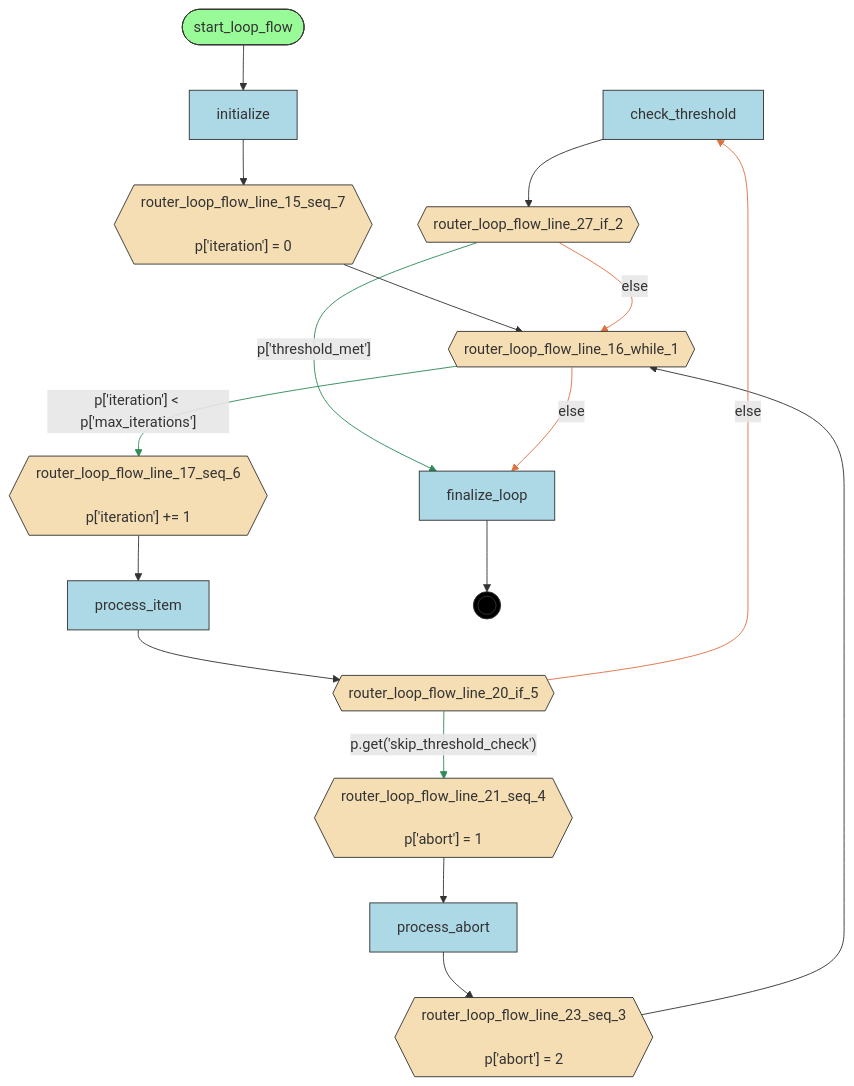
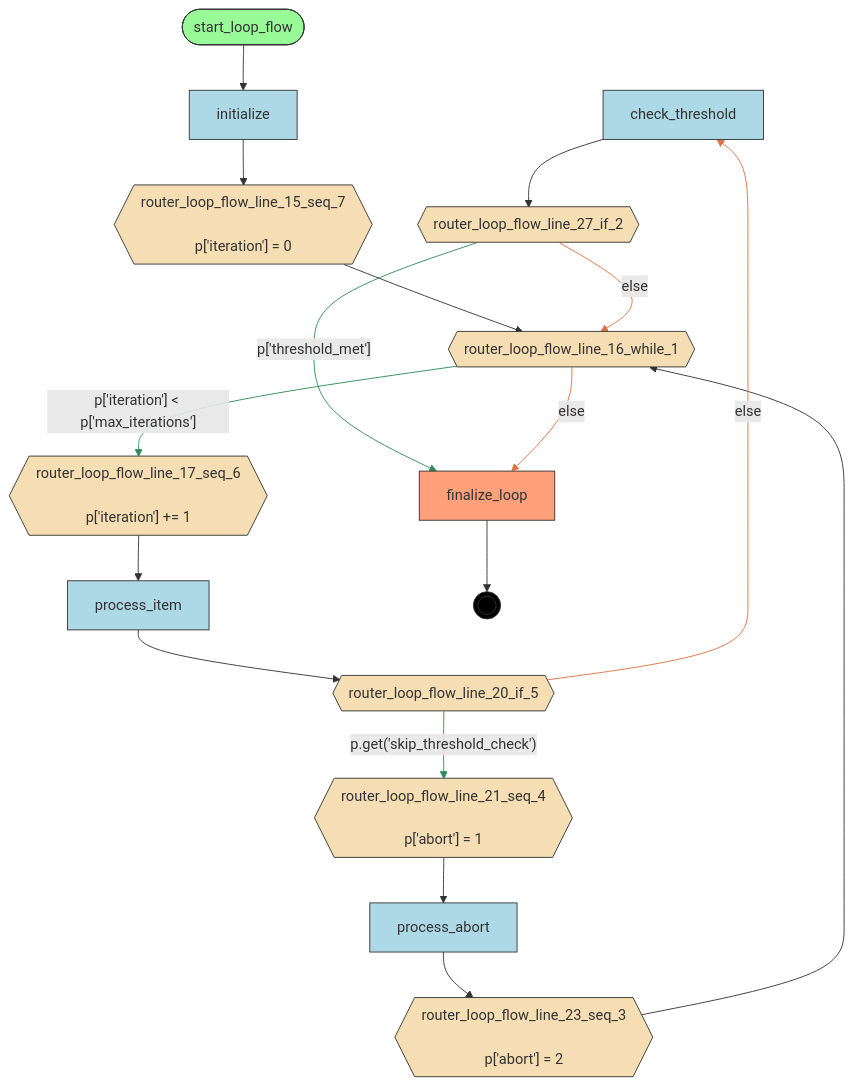
One commit to deliveryhero/asya changed the diagram in examples/flows/compiled/while_loop_processing/flow.mmd. Above: the diagram before and after it, drawn with Mermaid. The commit also changed 364 other files, not shown here.

First line of the commit message:
feat(compiler): Phase 2 — 5-step pipeline with manifest generation and FlowInfo (#339)

```diff
--- a/examples/flows/compiled/while_loop_processing/flow.mmd
+++ b/examples/flows/compiled/while_loop_processing/flow.mmd
@@ -1,45 +1,47 @@
 flowchart TD
     %% Flow: loop_flow
 
     check_threshold[check_threshold]
     finalize_loop[finalize_loop]
     initialize[initialize]
     process_abort[process_abort]
     process_item[process_item]
     router_loop_flow_line_15_seq_7{{"router_loop_flow_line_15_seq_7<br/><br/>p['iteration'] = 0"}}
     router_loop_flow_line_16_while_1{{router_loop_flow_line_16_while_1}}
     router_loop_flow_line_17_seq_6{{"router_loop_flow_line_17_seq_6<br/><br/>p['iteration'] += 1"}}
     router_loop_flow_line_20_if_5{{router_loop_flow_line_20_if_5}}
     router_loop_flow_line_21_seq_4{{"router_loop_flow_line_21_seq_4<br/><br/>p['abort'] = 1"}}
     router_loop_flow_line_23_seq_3{{"router_loop_flow_line_23_seq_3<br/><br/>p['abort'] = 2"}}
     router_loop_flow_line_27_if_2{{router_loop_flow_line_27_if_2}}
     start_loop_flow([start_loop_flow])
     __end__((( )))
 
     start_loop_flow --> initialize
     initialize --> router_loop_flow_line_15_seq_7
     router_loop_flow_line_27_if_2 -->|"p['threshold_met']"| finalize_loop
     router_loop_flow_line_23_seq_3 --> router_loop_flow_line_16_while_1
     router_loop_flow_line_21_seq_4 --> process_abort
     process_abort --> router_loop_flow_line_23_seq_3
     router_loop_flow_line_20_if_5 -->|"p.get('skip_threshold_check')"| router_loop_flow_line_21_seq_4
     router_loop_flow_line_20_if_5 -->|"else"| check_threshold
     check_threshold --> router_loop_flow_line_27_if_2
     router_loop_flow_line_17_seq_6 --> process_item
     process_item --> router_loop_flow_line_20_if_5
     router_loop_flow_line_16_while_1 -->|"p['iteration'] < p['max_iterations']"| router_loop_flow_line_17_seq_6
     router_loop_flow_line_16_while_1 -->|"else"| finalize_loop
     router_loop_flow_line_15_seq_7 --> router_loop_flow_line_16_while_1
     router_loop_flow_line_27_if_2 -->|"else"| router_loop_flow_line_16_while_1
     finalize_loop --> __end__
 
-    classDef entrypoint fill:#98FB98,stroke:#333
+    classDef start fill:#98FB98,stroke:#333
+    classDef endnode fill:#FFA07A,stroke:#333
     classDef router fill:#F5DEB3,stroke:#333
     classDef handler fill:#ADD8E6,stroke:#333
     classDef endpoint fill:#000,stroke:#333,color:#fff
-    class start_loop_flow entrypoint
+    class start_loop_flow start
+    class finalize_loop endnode
     class router_loop_flow_line_15_seq_7,router_loop_flow_line_16_while_1,router_loop_flow_line_17_seq_6,router_loop_flow_line_20_if_5,router_loop_flow_line_21_seq_4,router_loop_flow_line_23_seq_3,router_loop_flow_line_27_if_2 router
-    class check_threshold,finalize_loop,initialize,process_abort,process_item handler
+    class check_threshold,initialize,process_abort,process_item handler
     class __end__ endpoint
     linkStyle 2,6,11 stroke:#2E8B57
     linkStyle 7,12,14 stroke:#E07040
```
